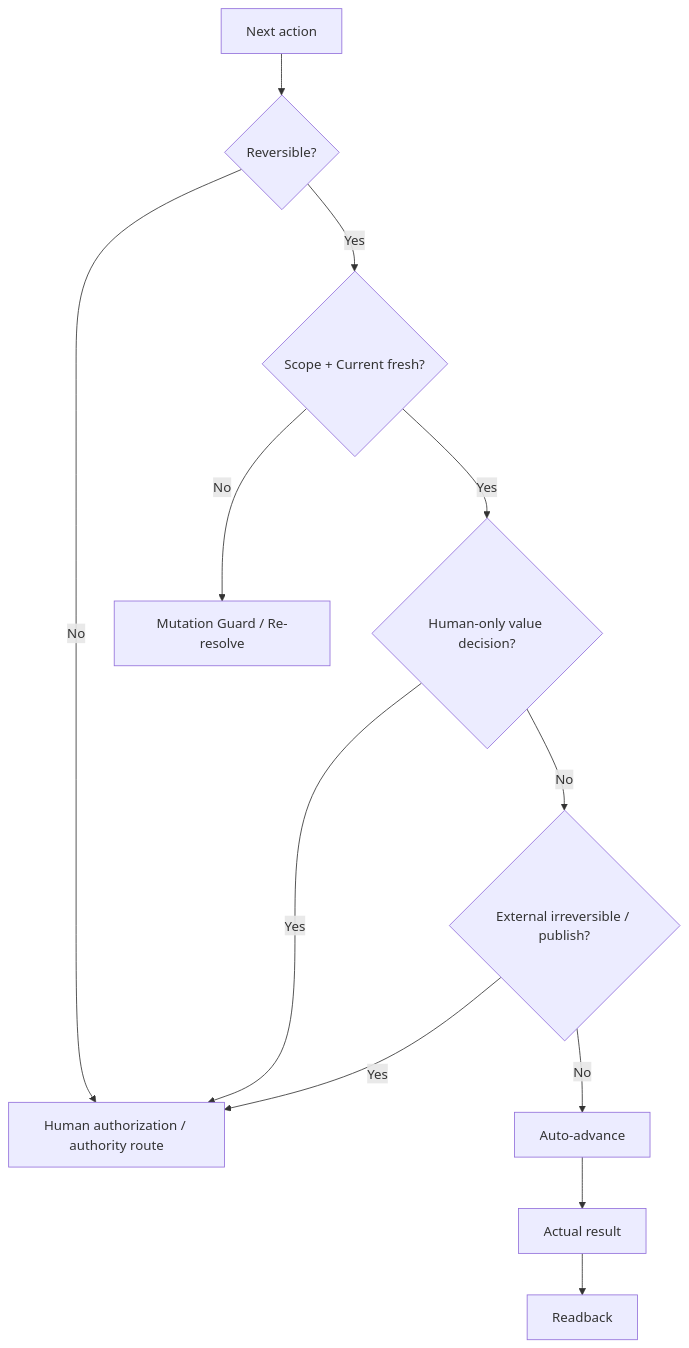
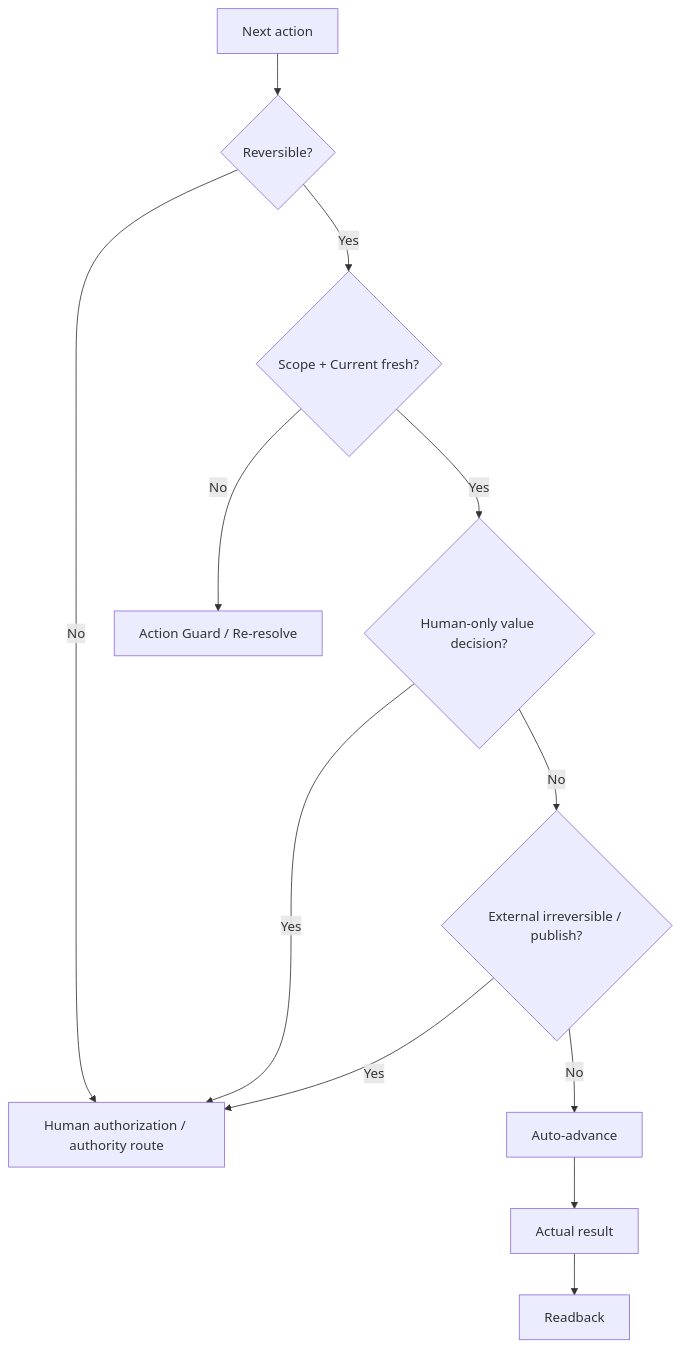
One commit to Jiaosong/Design changed the diagram in product-docs/v0.3/maps/M03_AUTONOMY_CONTROL.md. Above: the diagram before and after it, drawn with Mermaid. The commit also changed other lines of this file and 71 other files, not shown here.

````diff
--- a/product-docs/v0.3/maps/M03_AUTONOMY_CONTROL.md
+++ b/product-docs/v0.3/maps/M03_AUTONOMY_CONTROL.md
@@ -9,14 +9,14 @@
 ```mermaid
 flowchart TD
     A[Next action] --> R{Reversible?}
     R -- No --> H[Human authorization / authority route]
     R -- Yes --> S{Scope + Current fresh?}
-    S -- No --> G[Mutation Guard / Re-resolve]
+    S -- No --> G[Action Guard / Re-resolve]
     S -- Yes --> V{Human-only value decision?}
     V -- Yes --> H
     V -- No --> P{External irreversible / publish?}
     P -- Yes --> H
     P -- No --> X[Auto-advance]
     X --> B[Actual result]
     B --> C[Readback]
 ```
````
